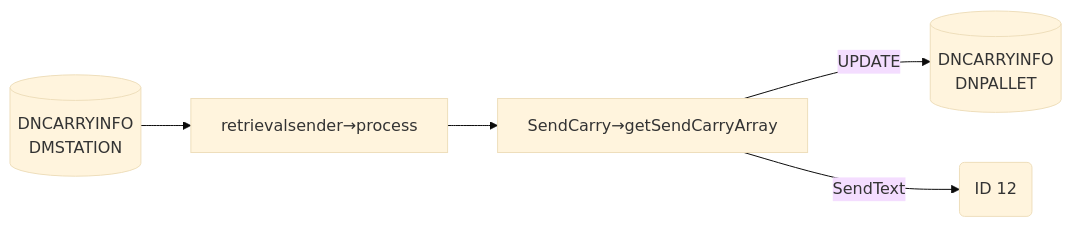
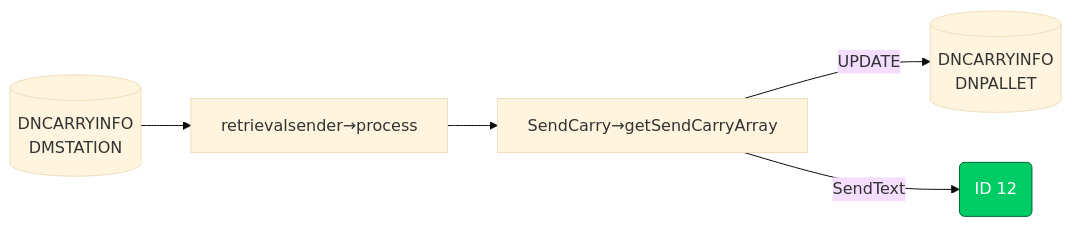
The tenth of 15 diagrams in Basic-Design/DFD-WMS/Retrieval/Stacked-Empty-Pallet.md (luthfiadityaa/SimeDarby-Wiki), drawn with Mermaid (base theme) before and after one commit.

Commit message:
Updated Stacked Empty Pallet

```diff
--- a/Basic-Design/DFD-WMS/Retrieval/Stacked-Empty-Pallet.md
+++ b/Basic-Design/DFD-WMS/Retrieval/Stacked-Empty-Pallet.md
@@ -358,20 +358,23 @@
 ::: mermaid
 flowchart LR
 
 retrievalsender-input[("
 DNCARRYINFO
 DMSTATION
 ")]
 
 retrievalsender-update[("
 DNCARRYINFO
 DNPALLET
 ")]
 
 id12msg("
 ID 12
 ")
 
 retrievalsender-input--> P1[retrievalsender→process]-->P2[SendCarry→getSendCarryArray]--> |UPDATE| retrievalsender-update
 P2--> |SendText| id12msg
+
+ click id12msg "https://dev.azure.com/Daifuku-SW/ID_SimeDarbyPlantation/_wiki/wikis/ID_SimeDarbyPlantation.wiki/956/Stacked-Empty-Pallet?anchor=retrieval-sender" "Go to Retrieval Retrieval Sender"
+    style id12msg fill:#00cc66,stroke:#006633,color:#ffffff
 :::
```
